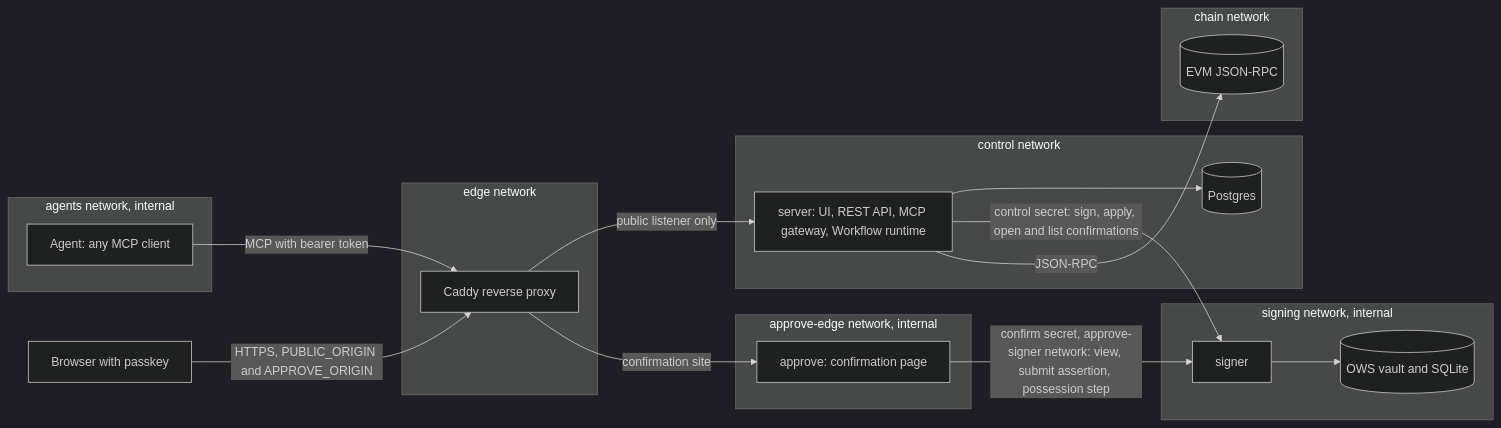
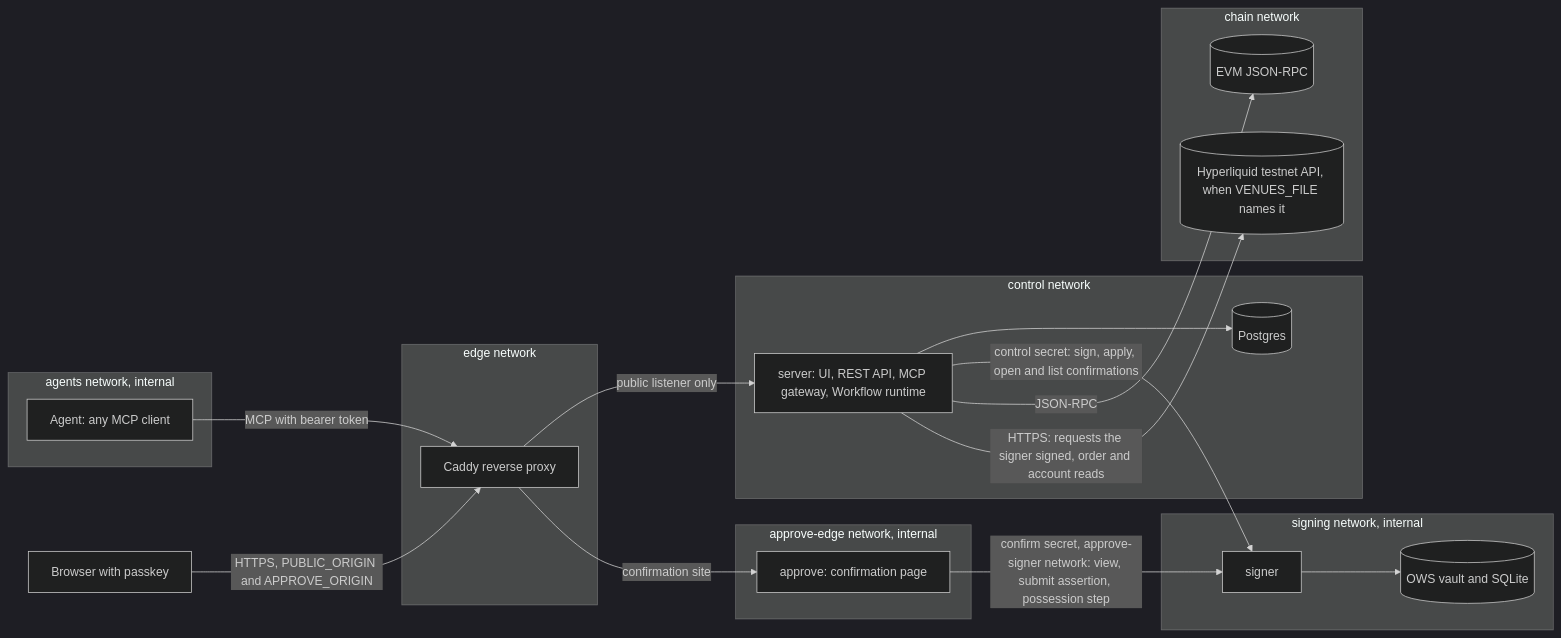
The first of 10 diagrams in docs/architecture.md (askgina/os), drawn with Mermaid (dark theme) before and after one commit. The commit also changed other lines of this file and 3 other files, not shown here.

Commit message:
docs: venue orders in the threat model, architecture, deploy guide and README; the agent has eight tools

````diff
--- a/docs/architecture.md
+++ b/docs/architecture.md
@@ -46,32 +49,34 @@
 ```mermaid
 flowchart LR
   subgraph agentsNet [agents network, internal]
     A[Agent: any MCP client]
   end
   subgraph edgeNet [edge network]
     C[Caddy reverse proxy]
   end
   subgraph controlNet [control network]
     S[server: UI, REST API, MCP gateway, Workflow runtime]
     P[(Postgres)]
   end
   subgraph signingNet [signing network, internal]
     G[signer]
     V[(OWS vault and SQLite)]
   end
   subgraph approveEdgeNet [approve-edge network, internal]
     AP[approve: confirmation page]
   end
   subgraph chainNet [chain network]
     R[(EVM JSON-RPC)]
+    H[(Hyperliquid testnet API, when VENUES_FILE names it)]
   end
   B[Browser with passkey] -->|HTTPS, PUBLIC_ORIGIN and APPROVE_ORIGIN| C
   A -->|MCP with bearer token| C
   C -->|public listener only| S
   C -->|confirmation site| AP
   S --> P
   S -->|control secret: sign, apply, open and list confirmations| G
   AP -->|confirm secret, approve-signer network: view, submit assertion, possession step| G
   G --> V
   S -->|JSON-RPC| R
+  S -->|HTTPS: requests the signer signed, order and account reads| H
 ```
````
